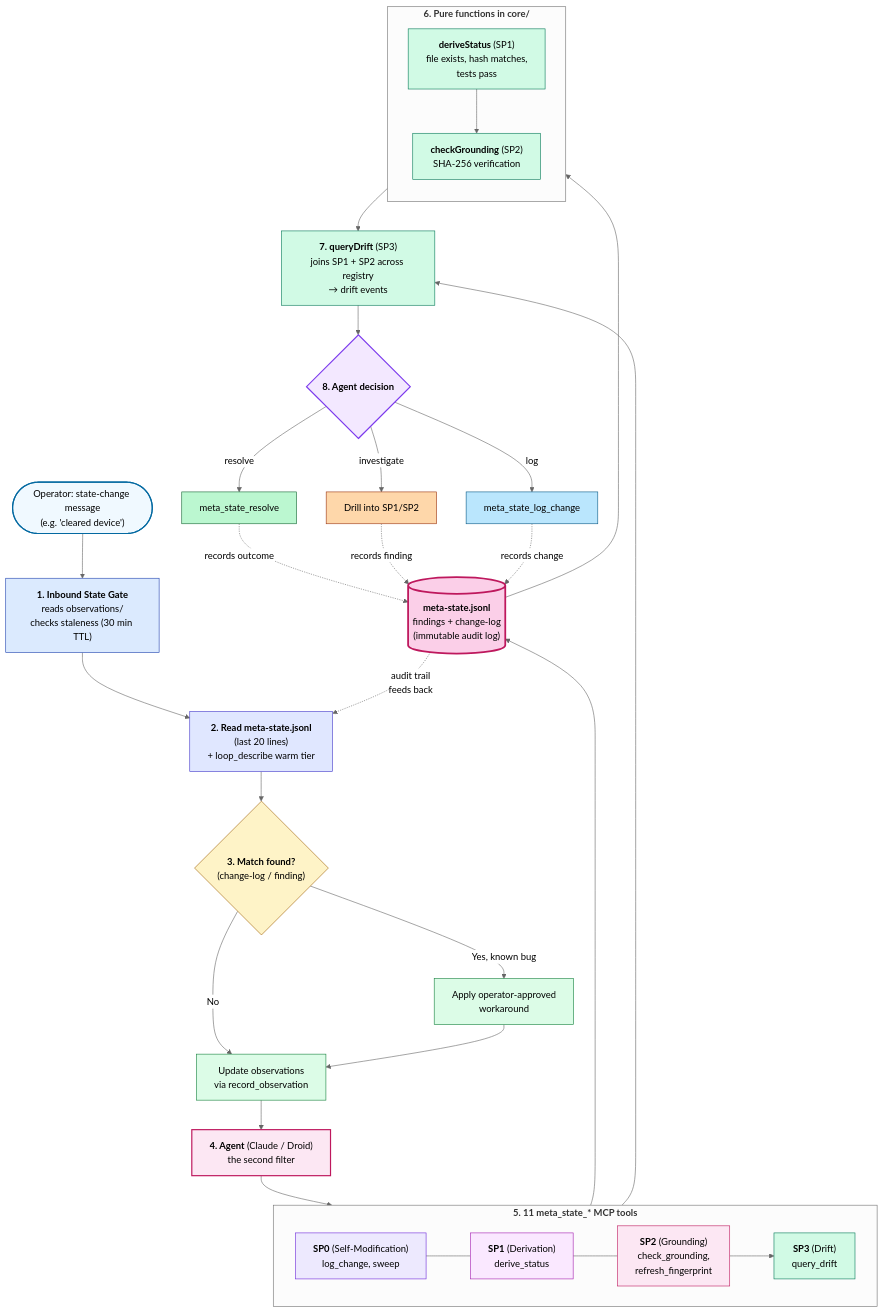
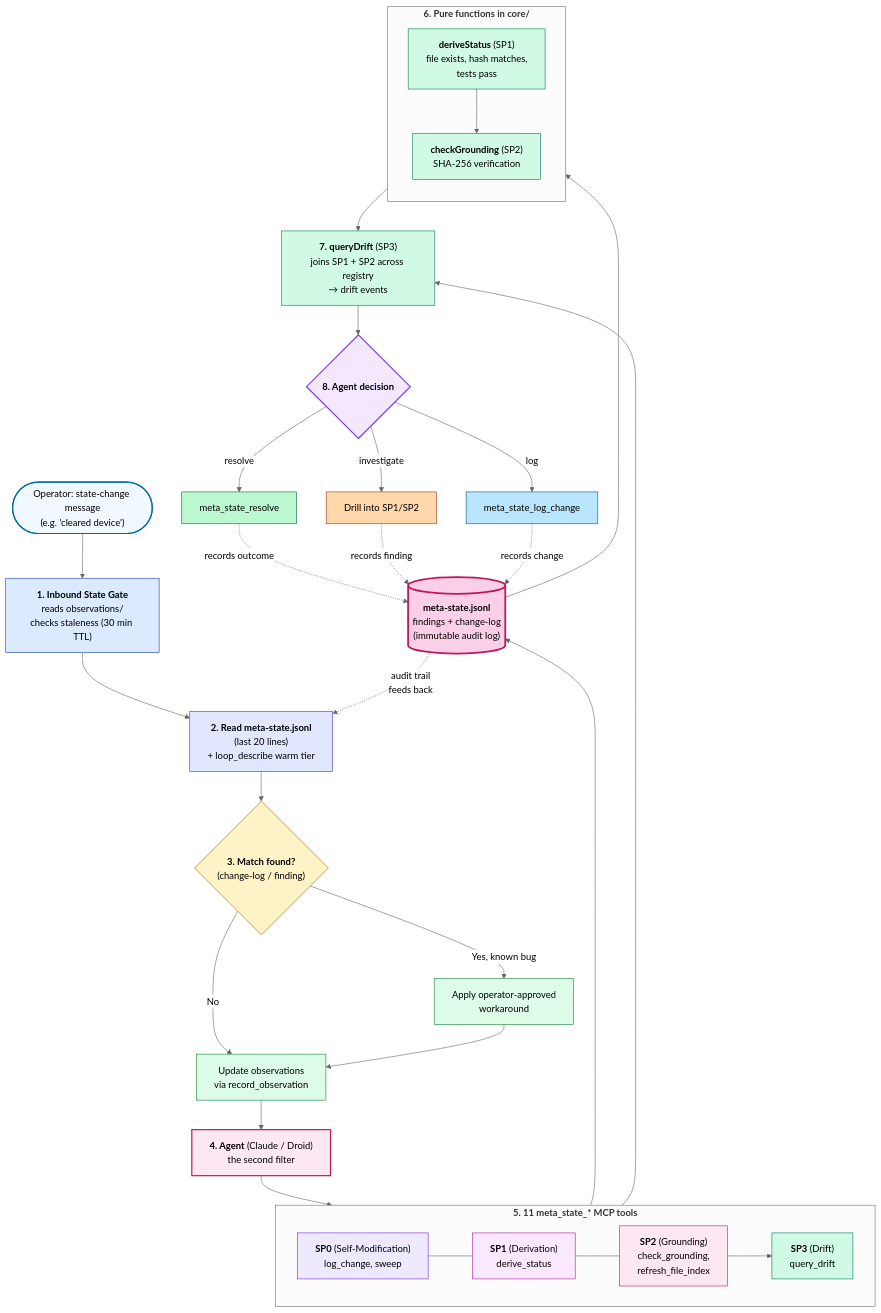
Before and after one commit to dat9uy/learning-loop-template: the diagram in docs/system-architecture.md, drawn with Mermaid (neutral theme). The commit also changed other lines of this file and 6 other files, not shown here.

First line of the commit message:
docs: retarget refresh_fingerprint references to refresh_file_index

````diff
--- a/docs/system-architecture.md
+++ b/docs/system-architecture.md
@@ -411,80 +411,80 @@
 ```mermaid
 flowchart TD
     %% ===== TRIGGER =====
     Operator(["Operator: state-change message<br/>(e.g. 'cleared device')"]):::trigger --> S1
 
     %% ===== STEP 1: GATE =====
     S1["<b>1. Inbound State Gate</b><br/>reads observations/<br/>checks staleness (30 min TTL)"]:::gate --> S2
 
     %% ===== STEP 2: READ META-STATE =====
     S2["<b>2. Read meta-state.jsonl</b><br/>(last 20 lines)<br/>+ loop_describe warm tier"]:::read --> S3
 
     %% ===== STEP 3: SCAN FOR KNOWN ISSUES =====
     S3{"<b>3. Match found?</b><br/>(change-log / finding)"}:::scan
     S3 -->|Yes, known bug| S3a["Apply operator-approved<br/>workaround"]:::apply
     S3 -->|No| S3b["Update observations<br/>via record_observation"]:::update
     S3a --> S3b
     S3b --> S4
 
     %% ===== STEP 4: AGENT =====
     S4["<b>4. Agent</b> (Claude / Droid)<br/>the second filter"]:::agent --> S5
 
     %% ===== STEP 5: 11 META_STATE_* TOOLS =====
     subgraph S5["<b>5. 11 meta_state_* MCP tools</b>"]
         direction LR
         T_SP0["<b>SP0</b> (Self-Modification)<br/>log_change, sweep"]:::sp0
         T_SP1["<b>SP1</b> (Derivation)<br/>derive_status"]:::sp1
-        T_SP2["<b>SP2</b> (Grounding)<br/>check_grounding,<br/>refresh_fingerprint"]:::sp2
+        T_SP2["<b>SP2</b> (Grounding)<br/>check_grounding,<br/>refresh_file_index"]:::sp2
         T_SP3["<b>SP3</b> (Drift)<br/>query_drift"]:::sp3
         T_SP0 --- T_SP1 --- T_SP2 --> T_SP3
     end
 
     S5 --> Registry
     Registry[("<b>meta-state.jsonl</b><br/>findings + change-log<br/>(immutable audit log)")]:::registry
 
     %% ===== STEP 6: PURE FUNCTIONS =====
     subgraph S6["<b>6. Pure functions in core/</b>"]
         direction TB
         S6a["<b>deriveStatus</b> (SP1)<br/>file exists, hash matches,<br/>tests pass"]:::purefn
         S6b["<b>checkGrounding</b> (SP2)<br/>SHA-256 verification"]:::purefn
         S6a --> S6b
     end
     Registry --> S6
     S6 --> S7
 
     %% ===== STEP 7: DRIFT QUERY (SP3 SHIPPED) =====
     S7["<b>7. queryDrift</b> (SP3)<br/>joins SP1 + SP2 across registry<br/>→ drift events"]:::purefn
     S5 --> S7
 
     %% ===== STEP 8: AGENT DECISION =====
     S7 --> S8
     S8{"<b>8. Agent decision</b>"}:::decision
     S8 -->|resolve| S8a["meta_state_resolve"]:::resolve
     S8 -->|investigate| S8b["Drill into SP1/SP2"]:::investigate
     S8 -->|log| S8c["meta_state_log_change"]:::log
 
     %% ===== LOOP CLOSURE (self-referential) =====
     S8a -.->|records outcome| Registry
     S8b -.->|records finding| Registry
     S8c -.->|records change| Registry
     Registry -.->|audit trail<br/>feeds back| S2
 
     %% ===== STYLING =====
     classDef trigger fill:#f0f9ff,stroke:#0369a1,stroke-width:2px
     classDef gate fill:#dbeafe,stroke:#1e40af
     classDef read fill:#e0e7ff,stroke:#4338ca
     classDef scan fill:#fef3c7,stroke:#a16207
     classDef apply fill:#dcfce7,stroke:#15803d
     classDef update fill:#dcfce7,stroke:#15803d
     classDef agent fill:#fce7f3,stroke:#be185d,stroke-width:2px
     classDef sp0 fill:#ede9fe,stroke:#6d28d9
     classDef sp1 fill:#fae8ff,stroke:#a21caf
     classDef sp2 fill:#fce7f3,stroke:#be185d
     classDef sp3 fill:#d1fae5,stroke:#047857
     classDef registry fill:#fbcfe8,stroke:#be185d,stroke-width:3px
     classDef purefn fill:#d1fae5,stroke:#047857
     classDef decision fill:#f3e8ff,stroke:#7c3aed,stroke-width:2px
     classDef resolve fill:#bbf7d0,stroke:#166534
     classDef investigate fill:#fed7aa,stroke:#9a3412
     classDef log fill:#bae6fd,stroke:#075985
 ```
````
